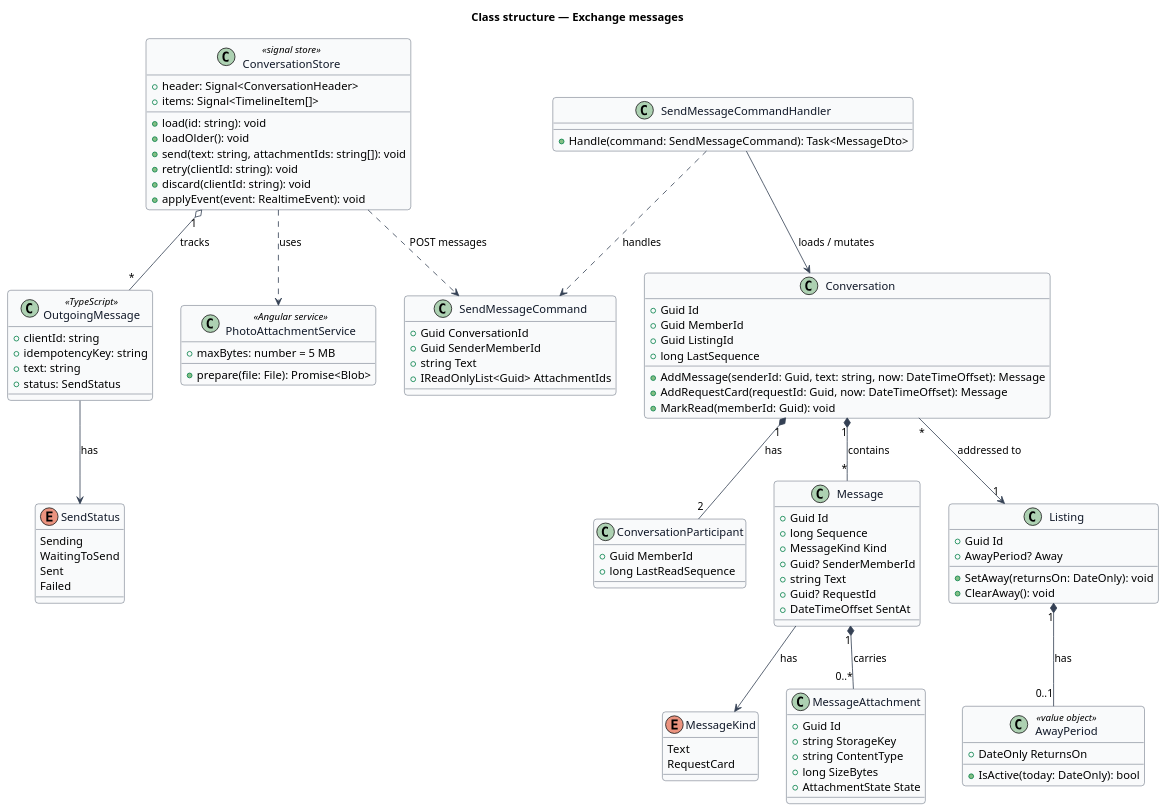
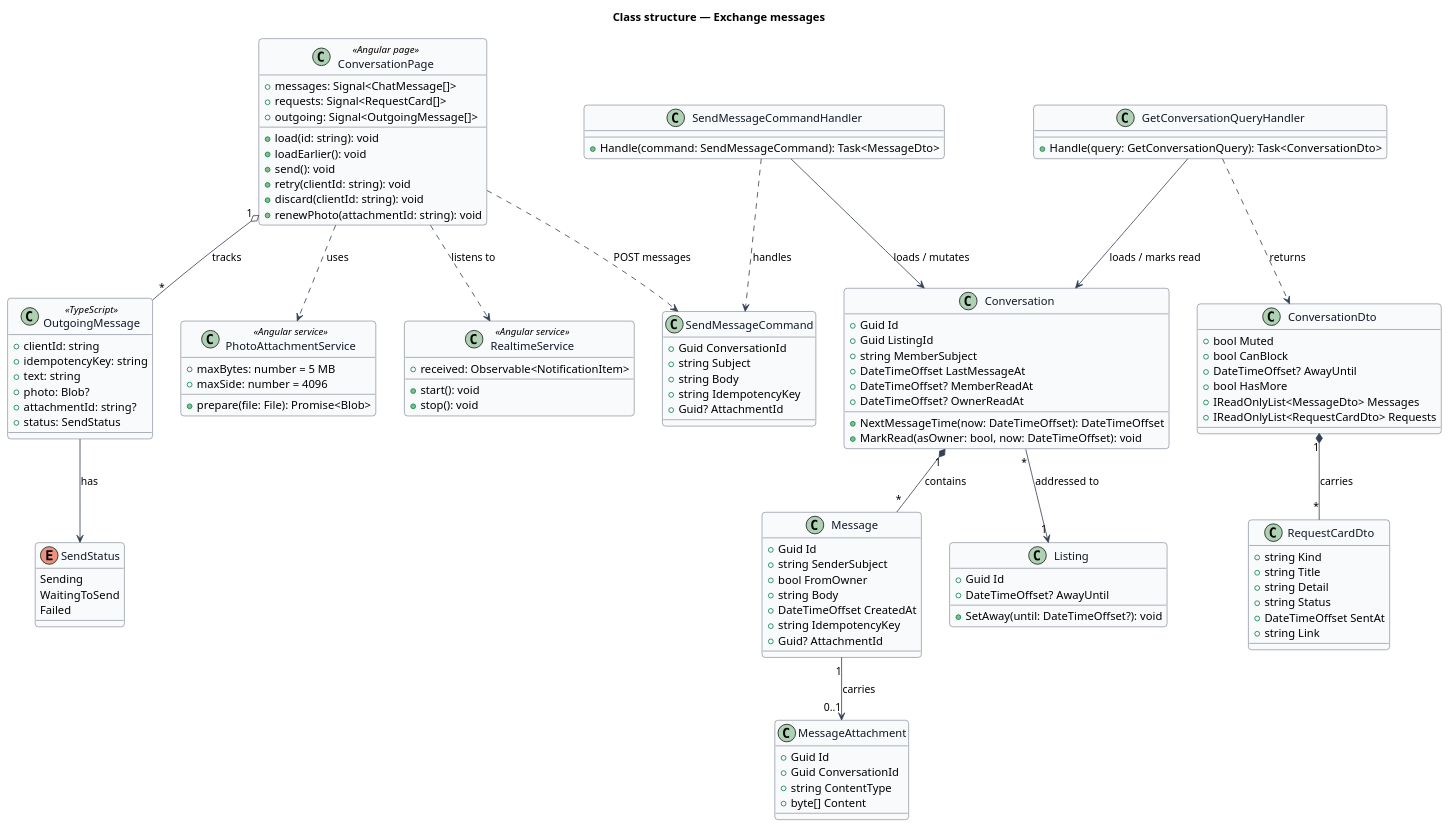
The diagram in docs/detailed-designs/messaging/exchange-messages/diagrams/class-structure.puml (QuinntyneBrown/jubilee), drawn with PlantUML before and after one commit. The commit also changed 106 other files, not shown here.

```diff
--- a/docs/detailed-designs/messaging/exchange-messages/diagrams/class-structure.puml
+++ b/docs/detailed-designs/messaging/exchange-messages/diagrams/class-structure.puml
@@ -1,107 +1,123 @@
 @startuml
 ' --- shared skin header ---
 skinparam backgroundColor #FFFFFF
 skinparam shadowing false
 skinparam roundcorner 8
 skinparam defaultFontName Arial
 skinparam ArrowColor #344054
 skinparam class {
   BorderColor #344054
   FontColor #101828
   BackgroundColor #F9FAFB
 }
 ' --------------------------
 title Class structure — Exchange messages
 
-class ConversationStore <<signal store>> {
-  +header: Signal<ConversationHeader>
-  +items: Signal<TimelineItem[]>
+class ConversationPage <<Angular page>> {
+  +messages: Signal<ChatMessage[]>
+  +requests: Signal<RequestCard[]>
+  +outgoing: Signal<OutgoingMessage[]>
   +load(id: string): void
-  +loadOlder(): void
-  +send(text: string, attachmentIds: string[]): void
+  +loadEarlier(): void
+  +send(): void
   +retry(clientId: string): void
   +discard(clientId: string): void
-  +applyEvent(event: RealtimeEvent): void
+  +renewPhoto(attachmentId: string): void
 }
 class OutgoingMessage <<TypeScript>> {
   +clientId: string
   +idempotencyKey: string
   +text: string
+  +photo: Blob?
+  +attachmentId: string?
   +status: SendStatus
 }
 enum SendStatus {
   Sending
   WaitingToSend
-  Sent
   Failed
 }
 class PhotoAttachmentService <<Angular service>> {
   +maxBytes: number = 5 MB
+  +maxSide: number = 4096
   +prepare(file: File): Promise<Blob>
+}
+class RealtimeService <<Angular service>> {
+  +received: Observable<NotificationItem>
+  +start(): void
+  +stop(): void
 }
 class SendMessageCommand {
   +Guid ConversationId
-  +Guid SenderMemberId
-  +string Text
-  +IReadOnlyList<Guid> AttachmentIds
+  +string Subject
+  +string Body
+  +string IdempotencyKey
+  +Guid? AttachmentId
 }
 class SendMessageCommandHandler {
   +Handle(command: SendMessageCommand): Task<MessageDto>
 }
+class GetConversationQueryHandler {
+  +Handle(query: GetConversationQuery): Task<ConversationDto>
+}
+class ConversationDto {
+  +bool Muted
+  +bool CanBlock
+  +DateTimeOffset? AwayUntil
+  +bool HasMore
+  +IReadOnlyList<MessageDto> Messages
+  +IReadOnlyList<RequestCardDto> Requests
+}
+class RequestCardDto {
+  +string Kind
+  +string Title
+  +string Detail
+  +string Status
+  +DateTimeOffset SentAt
+  +string Link
+}
 class Conversation {
   +Guid Id
-  +Guid MemberId
   +Guid ListingId
-  +long LastSequence
-  +AddMessage(senderId: Guid, text: string, now: DateTimeOffset): Message
-  +AddRequestCard(requestId: Guid, now: DateTimeOffset): Message
-  +MarkRead(memberId: Guid): void
-}
-class ConversationParticipant {
-  +Guid MemberId
-  +long LastReadSequence
+  +string MemberSubject
+  +DateTimeOffset LastMessageAt
+  +DateTimeOffset? MemberReadAt
+  +DateTimeOffset? OwnerReadAt
+  +NextMessageTime(now: DateTimeOffset): DateTimeOffset
+  +MarkRead(asOwner: bool, now: DateTimeOffset): void
 }
 class Message {
   +Guid Id
-  +long Sequence
-  +MessageKind Kind
-  +Guid? SenderMemberId
-  +string Text
-  +Guid? RequestId
-  +DateTimeOffset SentAt
-}
-enum MessageKind {
-  Text
-  RequestCard
+  +string SenderSubject
+  +bool FromOwner
+  +string Body
+  +DateTimeOffset CreatedAt
+  +string IdempotencyKey
+  +Guid? AttachmentId
 }
 class MessageAttachment {
   +Guid Id
-  +string StorageKey
+  +Guid ConversationId
   +string ContentType
-  +long SizeBytes
-  +AttachmentState State
-}
-class AwayPeriod <<value object>> {
-  +DateOnly ReturnsOn
-  +IsActive(today: DateOnly): bool
+  +byte[] Content
 }
 class Listing {
   +Guid Id
-  +AwayPeriod? Away
-  +SetAway(returnsOn: DateOnly): void
-  +ClearAway(): void
+  +DateTimeOffset? AwayUntil
+  +SetAway(until: DateTimeOffset?): void
 }
 
-ConversationStore "1" o-- "*" OutgoingMessage : tracks
+ConversationPage "1" o-- "*" OutgoingMessage : tracks
 OutgoingMessage --> SendStatus : has
-ConversationStore ..> PhotoAttachmentService : uses
-ConversationStore ..> SendMessageCommand : POST messages
+ConversationPage ..> PhotoAttachmentService : uses
+ConversationPage ..> RealtimeService : listens to
+ConversationPage ..> SendMessageCommand : POST messages
 SendMessageCommandHandler ..> SendMessageCommand : handles
 SendMessageCommandHandler --> Conversation : loads / mutates
-Conversation "1" *-- "2" ConversationParticipant : has
+GetConversationQueryHandler --> Conversation : loads / marks read
+GetConversationQueryHandler ..> ConversationDto : returns
+ConversationDto "1" *-- "*" RequestCardDto : carries
 Conversation "1" *-- "*" Message : contains
-Message --> MessageKind : has
-Message "1" *-- "0..*" MessageAttachment : carries
+Message "1" --> "0..1" MessageAttachment : carries
 Conversation "*" --> "1" Listing : addressed to
-Listing "1" *-- "0..1" AwayPeriod : has
 @enduml
```
